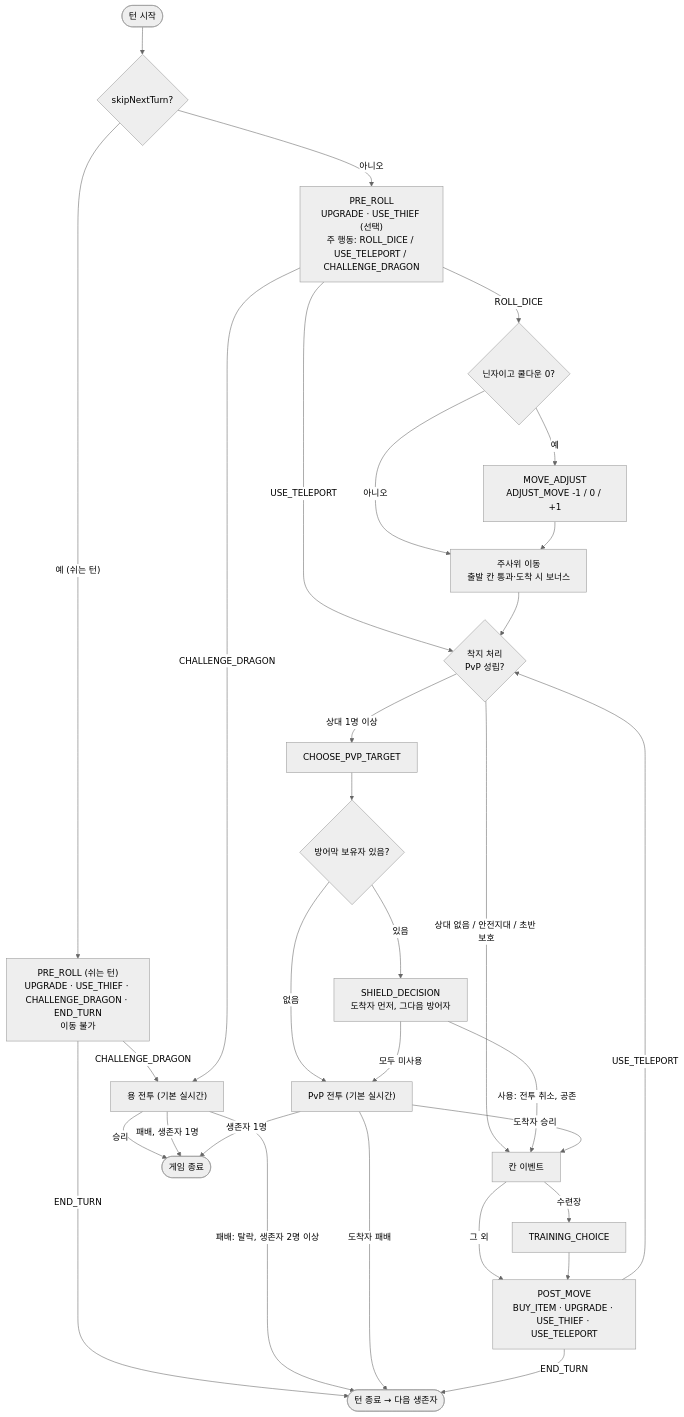
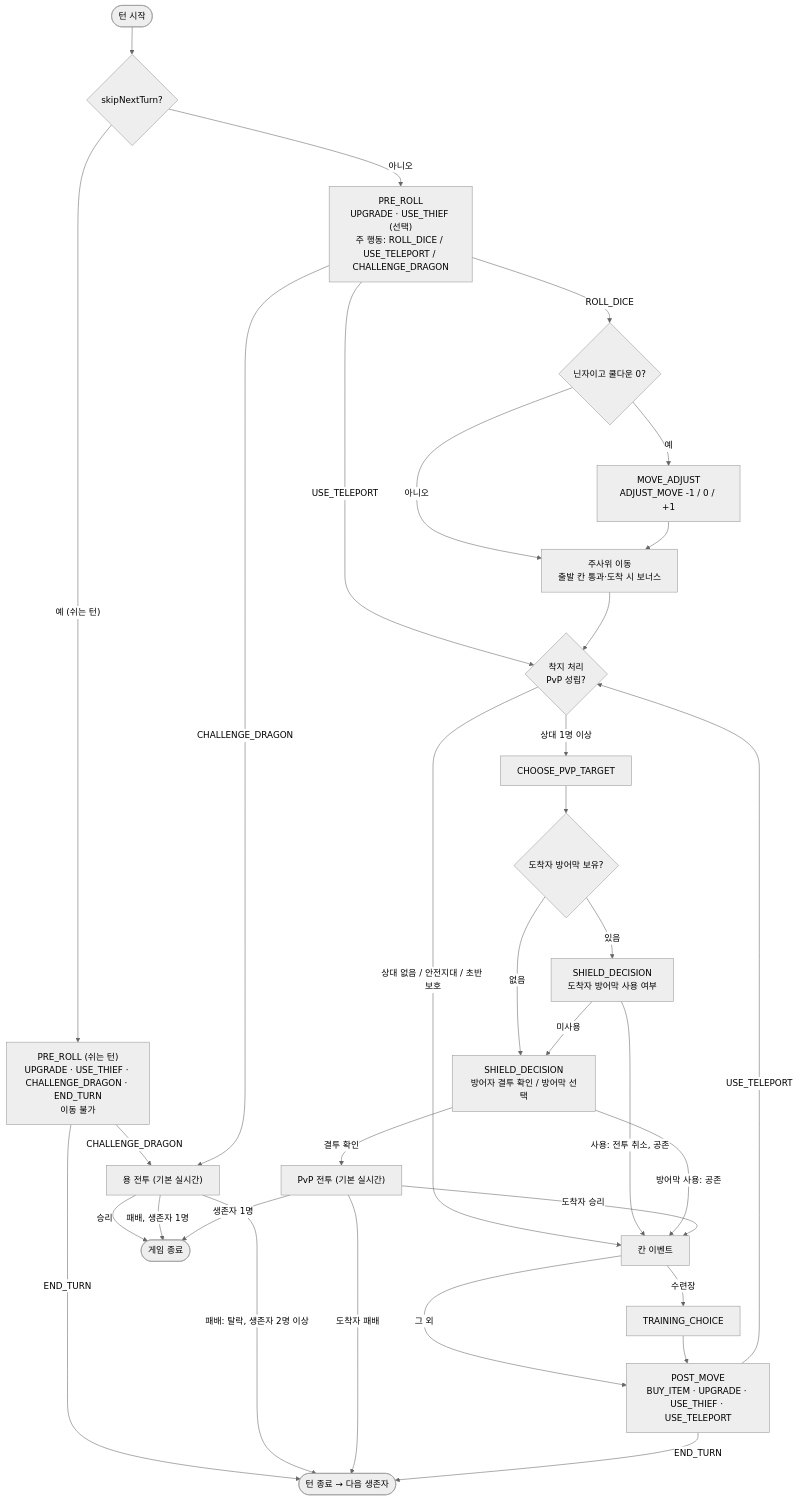
The diagram in docs/game-design.md (KR-penguin/Dragon-Rush), drawn with Mermaid (neutral theme) before and after one commit. The commit also changed other lines of this file and 26 other files, not shown here.

````diff
--- a/docs/game-design.md
+++ b/docs/game-design.md
@@ -151,51 +151,54 @@
 ```mermaid
 flowchart TD
   ts(["턴 시작"])
   skipQ{"skipNextTurn?"}
   pre["PRE_ROLL<br/>UPGRADE · USE_THIEF (선택)<br/>주 행동: ROLL_DICE / USE_TELEPORT / CHALLENGE_DRAGON"]
   dragonFight["용 전투 (기본 실시간)"]
   adjQ{"닌자이고 쿨다운 0?"}
   adj["MOVE_ADJUST<br/>ADJUST_MOVE -1 / 0 / +1"]
   move["주사위 이동<br/>출발 칸 통과·도착 시 보너스"]
   land{"착지 처리<br/>PvP 성립?"}
   target["CHOOSE_PVP_TARGET"]
-  shieldQ{"방어막 보유자 있음?"}
-  shield["SHIELD_DECISION<br/>도착자 먼저, 그다음 방어자"]
+  shieldQ{"도착자 방어막 보유?"}
+  shield["SHIELD_DECISION<br/>도착자 방어막 사용 여부"]
+  defender["SHIELD_DECISION<br/>방어자 결투 확인 / 방어막 선택"]
   duel["PvP 전투 (기본 실시간)"]
   tile["칸 이벤트"]
   train["TRAINING_CHOICE"]
   post["POST_MOVE<br/>BUY_ITEM · UPGRADE · USE_THIEF · USE_TELEPORT"]
   turnEnd(["턴 종료 → 다음 생존자"])
   gameEnd(["게임 종료"])
 
   ts --> skipQ
   skipQ -->|"예 (쉬는 턴)"| rest["PRE_ROLL (쉬는 턴)<br/>UPGRADE · USE_THIEF · CHALLENGE_DRAGON · END_TURN<br/>이동 불가"]
   rest -->|"END_TURN"| turnEnd
   rest -->|"CHALLENGE_DRAGON"| dragonFight
   skipQ -->|"아니오"| pre
   pre -->|"CHALLENGE_DRAGON"| dragonFight
   dragonFight -->|"승리"| gameEnd
   dragonFight -->|"패배: 탈락, 생존자 2명 이상"| turnEnd
   dragonFight -->|"패배, 생존자 1명"| gameEnd
   pre -->|"ROLL_DICE"| adjQ
   adjQ -->|"예"| adj
   adjQ -->|"아니오"| move
   adj --> move
   pre -->|"USE_TELEPORT"| land
   move --> land
   land -->|"상대 1명 이상"| target
   land -->|"상대 없음 / 안전지대 / 초반 보호"| tile
   target --> shieldQ
   shieldQ -->|"있음"| shield
-  shieldQ -->|"없음"| duel
+  shieldQ -->|"없음"| defender
   shield -->|"사용: 전투 취소, 공존"| tile
-  shield -->|"모두 미사용"| duel
+  shield -->|"미사용"| defender
+  defender -->|"방어막 사용: 공존"| tile
+  defender -->|"결투 확인"| duel
   duel -->|"도착자 승리"| tile
   duel -->|"도착자 패배"| turnEnd
   duel -->|"생존자 1명"| gameEnd
   tile -->|"수련장"| train
   tile -->|"그 외"| post
   train --> post
   post -->|"USE_TELEPORT"| land
   post -->|"END_TURN"| turnEnd
 ```
````
